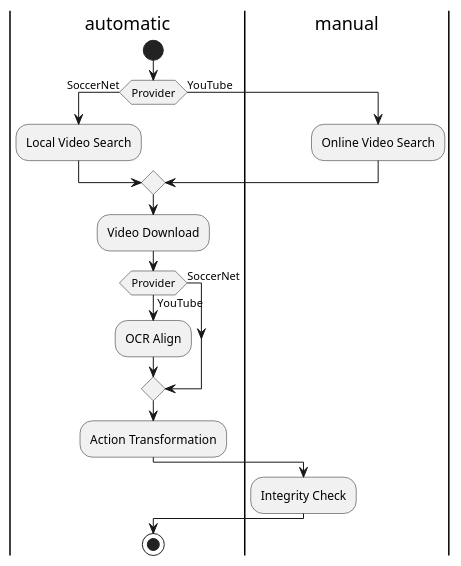
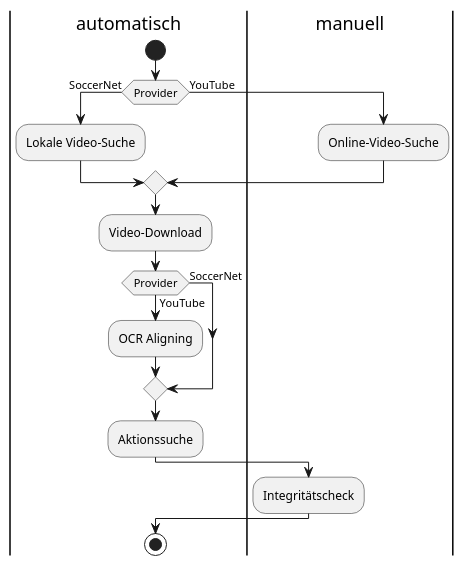
One commit to simnado/Master-Thesis changed the diagram in fig/collection-pipeline.puml. Above: the diagram before and after it, drawn with PlantUML. The commit also changed 9 other files, not shown here.

```diff
--- a/fig/collection-pipeline.puml
+++ b/fig/collection-pipeline.puml
@@ -1,27 +1,27 @@
 @startuml
 
 
 
-    |automatic|
+    |automatisch|
     start
     if (Provider) then (SoccerNet)
-        :Local Video Search;
+        :Lokale Video-Suche;
     else (YouTube)
-        |manual|
-        :Online Video Search;
+        |manuell|
+        :Online-Video-Suche;
     endif
-    |automatic|
-    :Video Download;
+    |automatisch|
+    :Video-Download;
     if (Provider) then (SoccerNet)
 
     else (YouTube)
-      :OCR Align;
+      :OCR Aligning;
     endif
-    :Action Transformation;
-    |manual|
-    :Integrity Check;
-    |automatic|
+    :Aktionssuche;
+    |manuell|
+    :Integritätscheck;
+    |automatisch|
     stop
 
 
 @enduml
```
